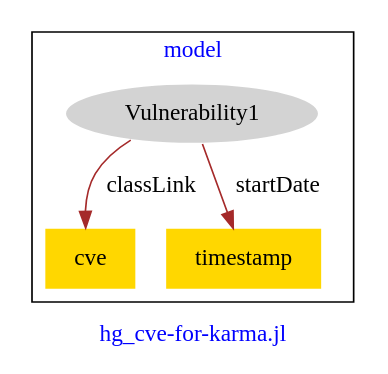
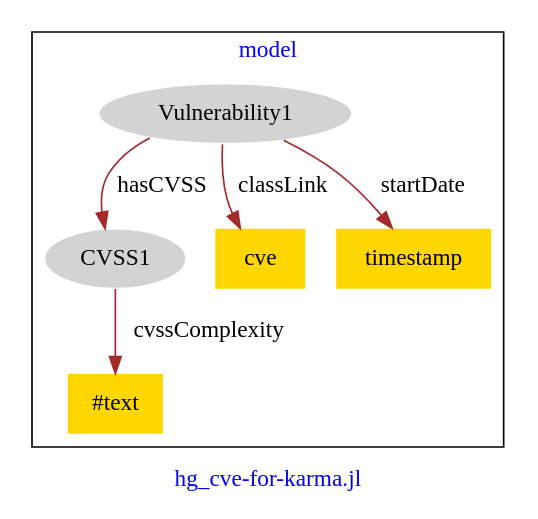
One commit to dkapoor/karma-models changed the diagram in hg_cve3-model.dot. Above: the diagram before and after it, drawn with Graphviz.

Commit message:
Update file hg_cve3-model.dot

```diff
--- a/hg_cve3-model.dot
+++ b/hg_cve3-model.dot
@@ -1,13 +1,17 @@
 digraph n0 {
 fontcolor="blue"
 remincross="true"
 label="hg_cve-for-karma.jl"
 subgraph cluster {
 label="model"
-n2[style="filled",color="white",fillcolor="lightgray",label="Vulnerability1"];
-n3[shape="plaintext",style="filled",fillcolor="gold",label="cve"];
-n4[shape="plaintext",style="filled",fillcolor="gold",label="timestamp"];
+n2[style="filled",color="white",fillcolor="lightgray",label="CVSS1"];
+n3[shape="plaintext",style="filled",fillcolor="gold",label="#text"];
+n4[style="filled",color="white",fillcolor="lightgray",label="Vulnerability1"];
+n5[shape="plaintext",style="filled",fillcolor="gold",label="cve"];
+n6[shape="plaintext",style="filled",fillcolor="gold",label="timestamp"];
 }
-n2 -> n3[color="brown",fontcolor="black",label="classLink"]
-n2 -> n4[color="brown",fontcolor="black",label="startDate"]
+n2 -> n3[color="brown",fontcolor="black",label="cvssComplexity"]
+n4 -> n5[color="brown",fontcolor="black",label="classLink"]
+n4 -> n2[color="brown",fontcolor="black",label="hasCVSS"]
+n4 -> n6[color="brown",fontcolor="black",label="startDate"]
 }
```
